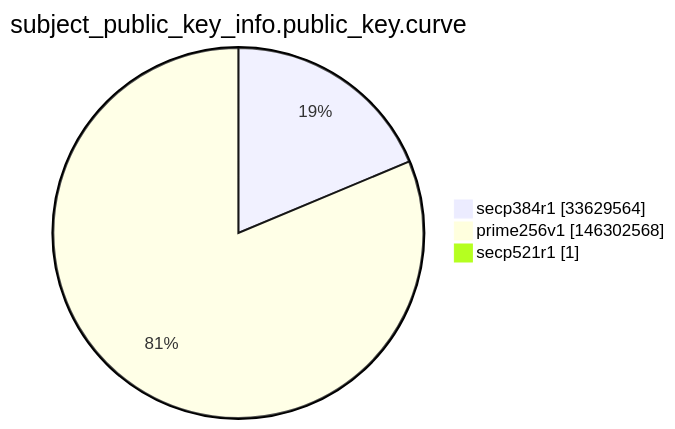
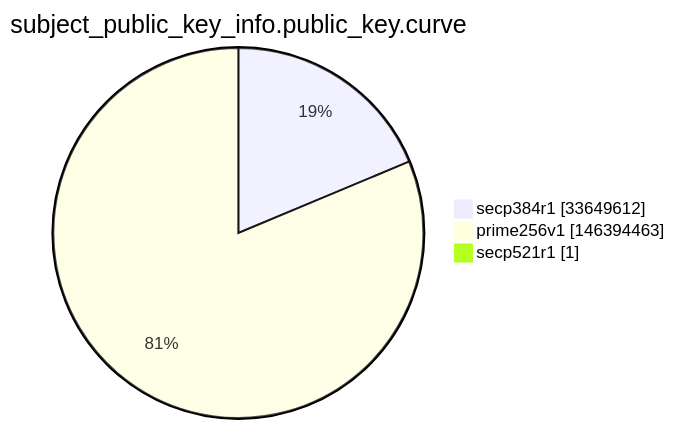
Before and after one commit to christiankrug/ctmonitor_visualization: the ninth of 15 diagrams in argon2022/README.md, drawn with Mermaid. The commit also changed other lines of this file, not shown here.

````diff
--- a/argon2022/README.md
+++ b/argon2022/README.md
@@ -2764,7 +2764,7 @@
 ```mermaid
 pie showData
 title subject_public_key_info.public_key.curve
-"secp384r1" :33629564
-"prime256v1" :146302568
+"secp384r1" :33649612
+"prime256v1" :146394463
 "secp521r1" :1
 ```
````
